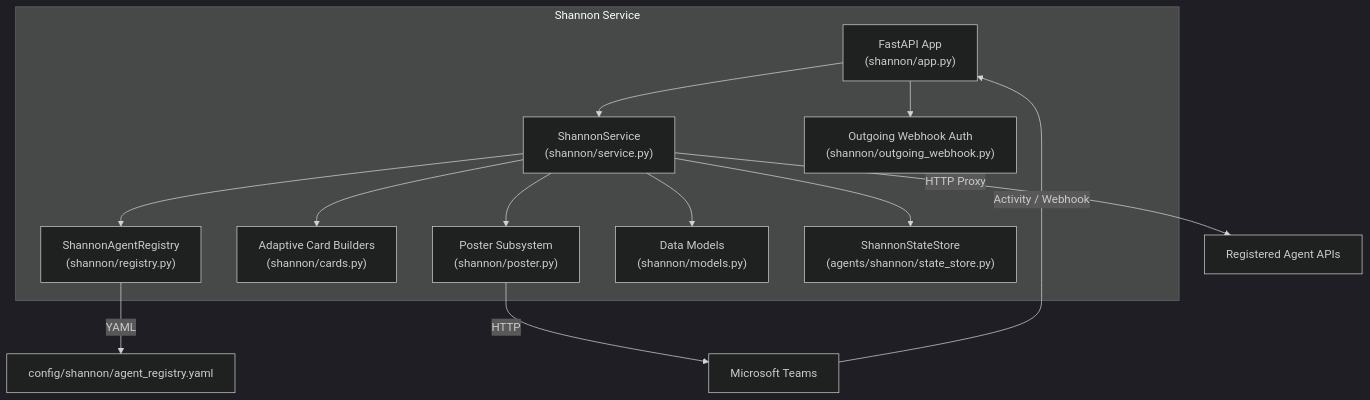
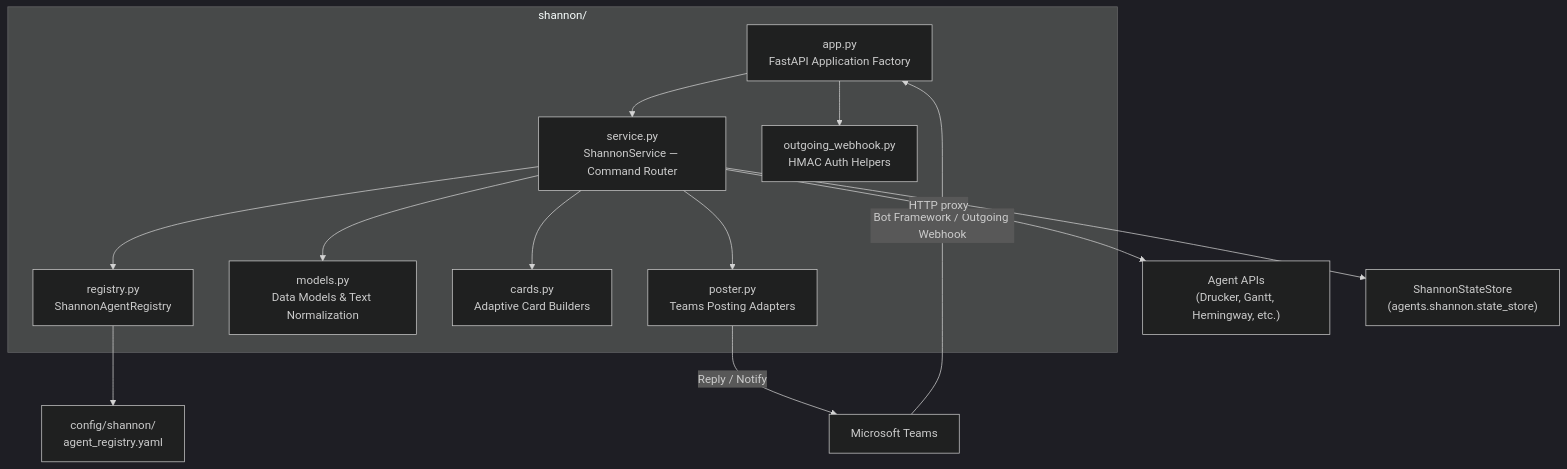
Before and after one commit to jmac-cornelis/agent-workforce: the first of 4 diagrams in docs/shannon.md, drawn with Mermaid (dark theme). The commit also changed other lines of this file and 7 other files, not shown here.

````diff
--- a/docs/shannon.md
+++ b/docs/shannon.md
@@ -25,25 +25,29 @@
 ```mermaid
-graph TD
-    subgraph Shannon Service
-        APP["FastAPI App<br/>(shannon/app.py)"]
-        SVC["ShannonService<br/>(shannon/service.py)"]
-        REG["ShannonAgentRegistry<br/>(shannon/registry.py)"]
-        CARDS["Adaptive Card Builders<br/>(shannon/cards.py)"]
-        POSTER["Poster Subsystem<br/>(shannon/poster.py)"]
-        MODELS["Data Models<br/>(shannon/models.py)"]
-        WEBHOOK["Outgoing Webhook Auth<br/>(shannon/outgoing_webhook.py)"]
-        STATE["ShannonStateStore<br/>(agents/shannon/state_store.py)"]
+graph TB
+    subgraph "shannon/"
+        APP["app.py<br/>FastAPI Application Factory"]
+        SVC["service.py<br/>ShannonService — Command Router"]
+        REG["registry.py<br/>ShannonAgentRegistry"]
+        MDL["models.py<br/>Data Models & Text Normalization"]
+        CRD["cards.py<br/>Adaptive Card Builders"]
+        PST["poster.py<br/>Teams Posting Adapters"]
+        OWH["outgoing_webhook.py<br/>HMAC Auth Helpers"]
     end
 
-    TEAMS["Microsoft Teams"] -->|Activity / Webhook| APP
+    TEAMS["Microsoft Teams"]
+    AGENTS["Agent APIs<br/>(Drucker, Gantt, Hemingway, etc.)"]
+    YAML["config/shannon/<br/>agent_registry.yaml"]
+    STATE["ShannonStateStore<br/>(agents.shannon.state_store)"]
+
+    TEAMS -->|"Bot Framework / Outgoing Webhook"| APP
     APP --> SVC
     SVC --> REG
-    SVC --> CARDS
-    SVC --> POSTER
+    SVC --> CRD
+    SVC --> PST
     SVC --> STATE
-    SVC --> MODELS
-    APP --> WEBHOOK
-    POSTER -->|HTTP| TEAMS
-    SVC -->|HTTP Proxy| AGENTS["Registered Agent APIs"]
-    REG -->|YAML| YAML["config/shannon/agent_registry.yaml"]
+    SVC -->|"HTTP proxy"| AGENTS
+    REG --> YAML
+    APP --> OWH
+    SVC --> MDL
+    PST -->|"Reply / Notify"| TEAMS
 ```
````
